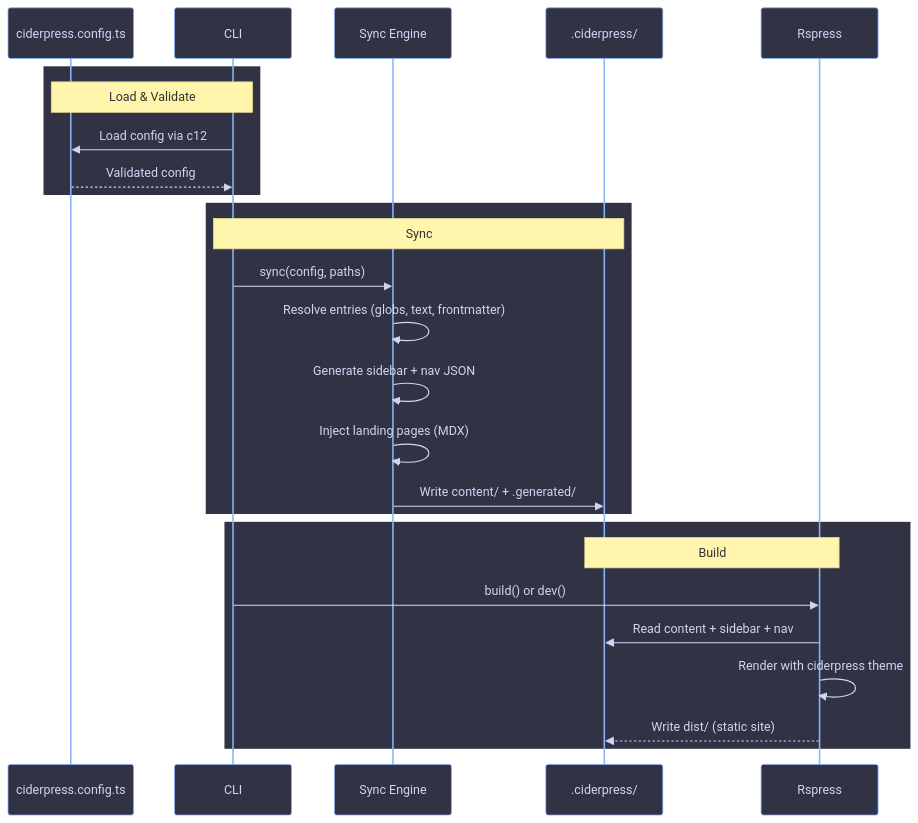
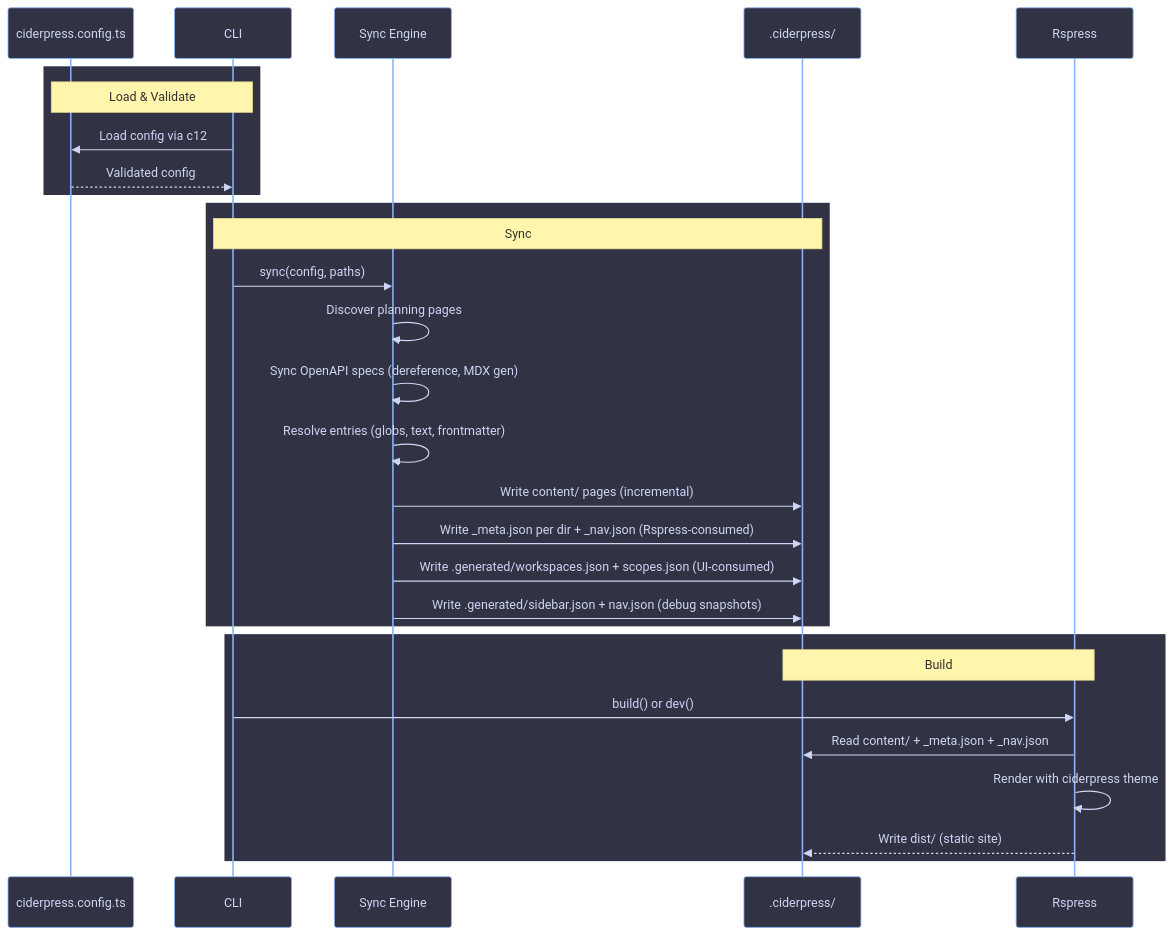
Before and after one commit to thebytefarm/ciderpress: the second of 2 diagrams in contributing/concepts/architecture.md, drawn with Mermaid. The commit also changed other lines of this file and 19 other files, not shown here.

````diff
--- a/contributing/concepts/architecture.md
+++ b/contributing/concepts/architecture.md
@@ -177,47 +178,50 @@
 ```mermaid
 %%{init: {
   'theme': 'base',
   'themeVariables': {
     'primaryColor': '#313244',
     'primaryTextColor': '#cdd6f4',
     'primaryBorderColor': '#6c7086',
     'lineColor': '#89b4fa',
     'secondaryColor': '#45475a',
     'tertiaryColor': '#1e1e2e',
     'actorBkg': '#313244',
     'actorBorder': '#89b4fa',
     'actorTextColor': '#cdd6f4',
     'signalColor': '#cdd6f4',
     'signalTextColor': '#cdd6f4'
   }
 }}%%
 sequenceDiagram
     participant User as ciderpress.config.ts
     participant CLI as CLI
     participant Sync as Sync Engine
     participant FS as .ciderpress/
     participant Rspress as Rspress
 
     rect rgb(49, 50, 68)
         Note over User,CLI: Load & Validate
         CLI->>User: Load config via c12
         User-->>CLI: Validated config
     end
 
     rect rgb(49, 50, 68)
         Note over CLI,FS: Sync
         CLI->>Sync: sync(config, paths)
+        Sync->>Sync: Discover planning pages
+        Sync->>Sync: Sync OpenAPI specs (dereference, MDX gen)
         Sync->>Sync: Resolve entries (globs, text, frontmatter)
-        Sync->>Sync: Generate sidebar + nav JSON
-        Sync->>Sync: Inject landing pages (MDX)
-        Sync->>FS: Write content/ + .generated/
+        Sync->>FS: Write content/ pages (incremental)
+        Sync->>FS: Write _meta.json per dir + _nav.json (Rspress-consumed)
+        Sync->>FS: Write .generated/workspaces.json + scopes.json (UI-consumed)
+        Sync->>FS: Write .generated/sidebar.json + nav.json (debug snapshots)
     end
 
     rect rgb(49, 50, 68)
         Note over FS,Rspress: Build
         CLI->>Rspress: build() or dev()
-        Rspress->>FS: Read content + sidebar + nav
+        Rspress->>FS: Read content/ + _meta.json + _nav.json
         Rspress->>Rspress: Render with ciderpress theme
         Rspress-->>FS: Write dist/ (static site)
     end
 ```
````
